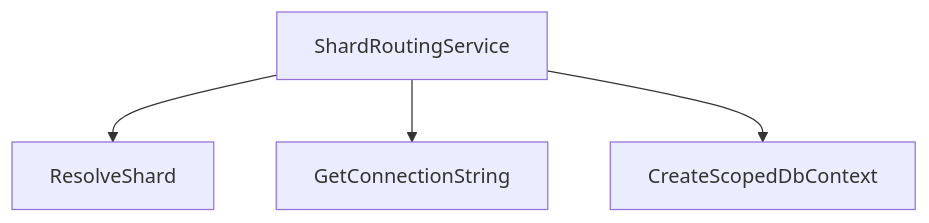
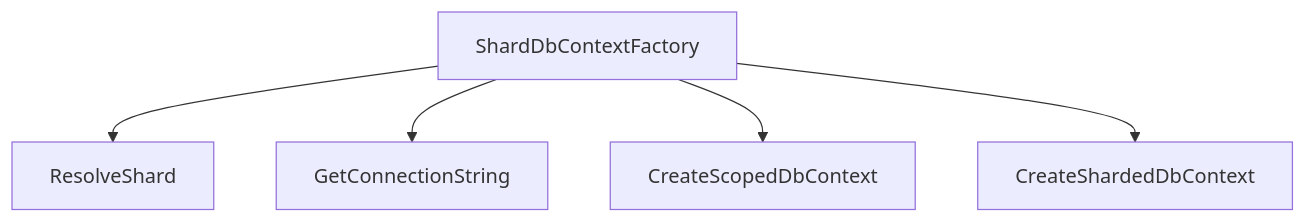
One commit to rcmilan/ex-scalingwrites changed the third of 8 diagrams in plans/sharding-architecture-refactor-plan.md. Above: the diagram before and after it, drawn with Mermaid. The commit also changed other lines of this file and 20 other files, not shown here.

First line of the commit message:
Refactor: unify sharding architecture & add cross-shard ops

````diff
--- a/plans/sharding-architecture-refactor-plan.md
+++ b/plans/sharding-architecture-refactor-plan.md
@@ -73,6 +76,7 @@
 ```mermaid
 graph TD
-    A[ShardRoutingService] --> B[ResolveShard]
+    A[ShardDbContextFactory] --> B[ResolveShard]
     A --> C[GetConnectionString]
     A --> D[CreateScopedDbContext]
+    A --> E[CreateShardedDbContext]
 ```
````
